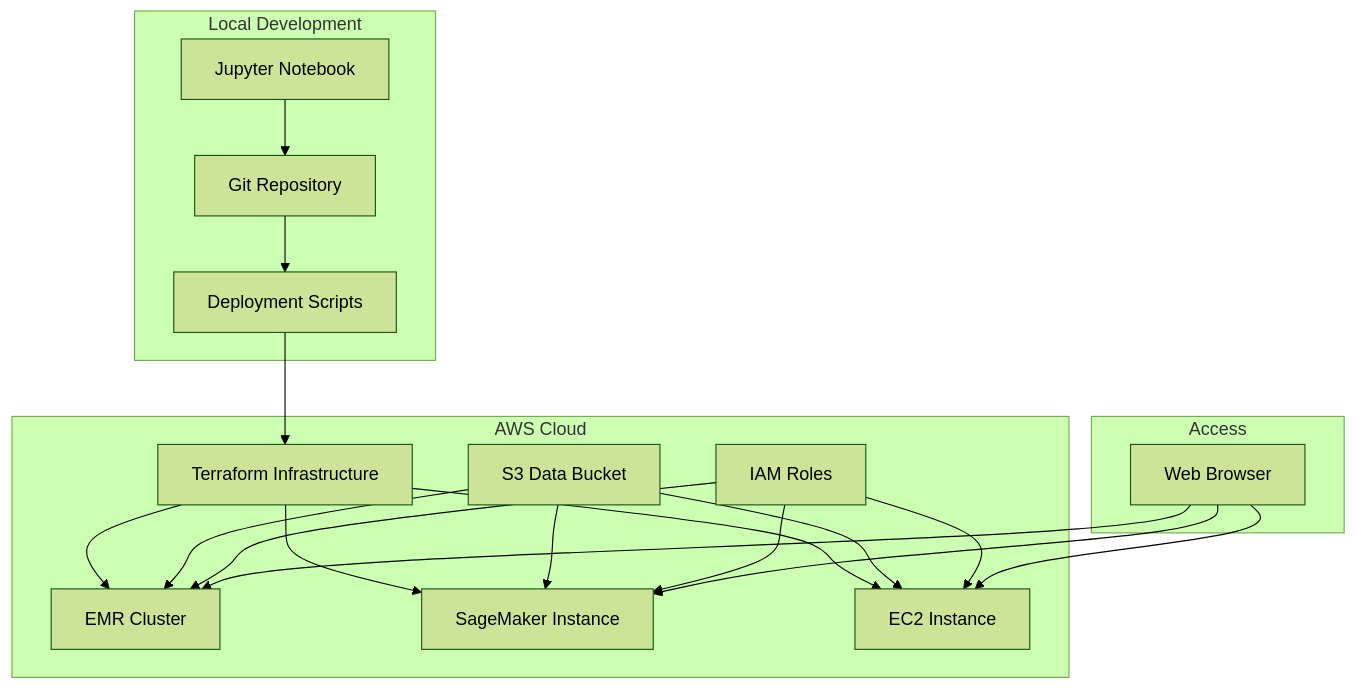
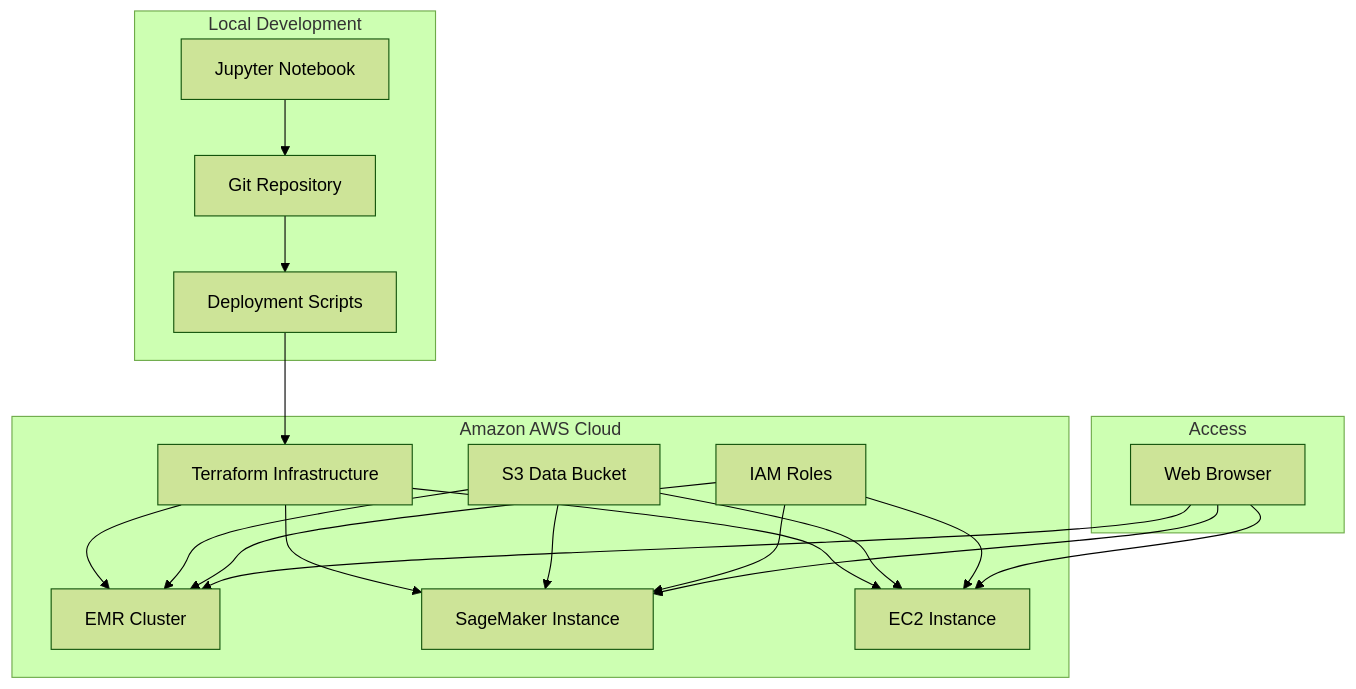
The first of 4 diagrams in Apache Spark/README.md (jylhakos/Data-Analysis-and-Visualizations), drawn with Mermaid (forest theme) before and after one commit. The commit also changed other lines of this file, not shown here.

Commit message:
Apache Spark & Amazon AWS

````diff
--- a/Apache Spark/README.md
+++ b/Apache Spark/README.md
@@ -70,28 +70,28 @@
 ```mermaid
 graph TB
     subgraph "Local Development"
         A[Jupyter Notebook] --> B[Git Repository]
         B --> C[Deployment Scripts]
     end
     
-    subgraph "AWS Cloud"
+    subgraph "Amazon AWS Cloud"
         C --> D[Terraform Infrastructure]
         D --> E[EMR Cluster]
         D --> F[SageMaker Instance]
         D --> G[EC2 Instance]
         
         H[S3 Data Bucket] --> E
         H --> F
         H --> G
         
         I[IAM Roles] --> E
         I --> F
         I --> G
     end
     
     subgraph "Access"
         J[Web Browser] --> E
         J --> F
         J --> G
     end
 ```
````
